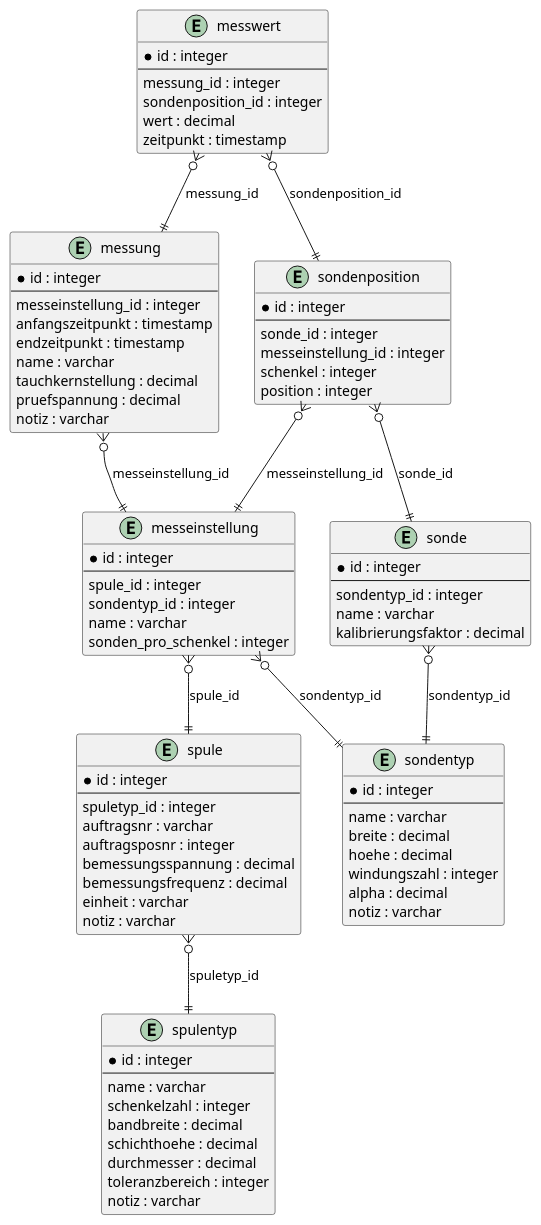
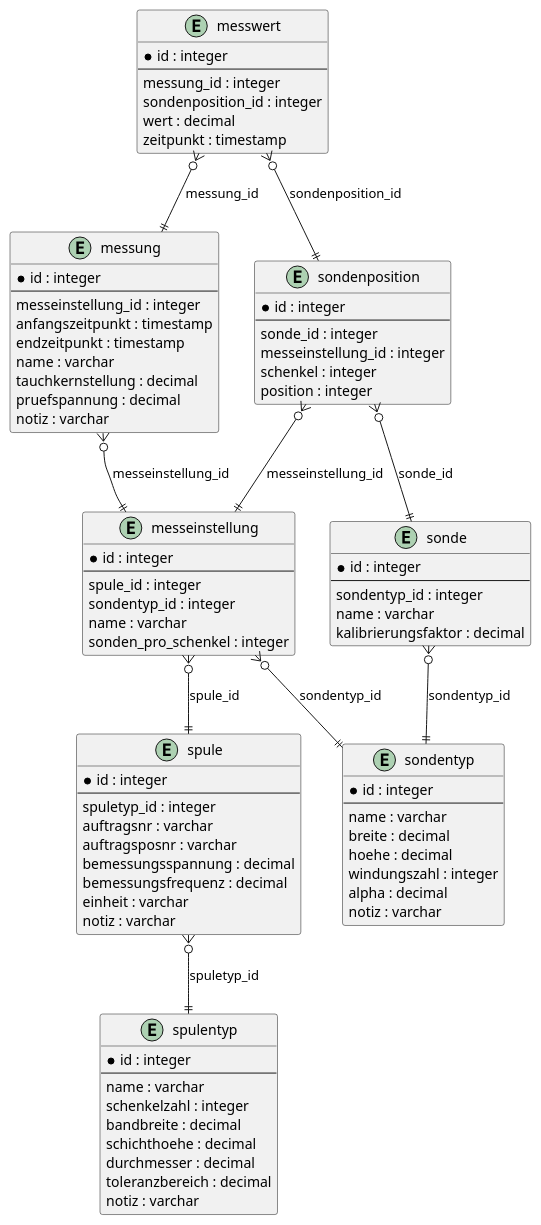
Before and after one commit to 2425-4chif-syp/01-projekte-2025-4chif-syp-trench: the diagram in project-description/diagrams/erd.puml, drawn with PlantUML. The commit also changed 43 other files, not shown here.

```diff
--- a/project-description/diagrams/erd.puml
+++ b/project-description/diagrams/erd.puml
@@ -3,95 +3,95 @@
 @startuml Trench ERD
 
 entity spulentyp {
   * id : integer
   --
   name : varchar
   schenkelzahl : integer
   bandbreite : decimal
   schichthoehe : decimal
   durchmesser : decimal
-  toleranzbereich : integer
+  toleranzbereich : decimal
   notiz : varchar
 }
 
 entity spule {
   * id : integer
   --
   spuletyp_id : integer
   auftragsnr : varchar
-  auftragsposnr : integer
+  auftragsposnr : varchar
   bemessungsspannung : decimal
   bemessungsfrequenz : decimal
   einheit : varchar
   notiz : varchar
 }
 
 entity sondentyp {
   * id : integer
   --
   name : varchar
   breite : decimal
   hoehe : decimal
   windungszahl : integer
   alpha : decimal
   notiz : varchar
 }
 
 entity messeinstellung {
   * id : integer
   --
   spule_id : integer
   sondentyp_id : integer
   name : varchar
   sonden_pro_schenkel : integer
 }
 
 entity messung {
   * id : integer
   --
   messeinstellung_id : integer
   anfangszeitpunkt : timestamp
   endzeitpunkt : timestamp
   name : varchar
   tauchkernstellung : decimal
   pruefspannung : decimal
   notiz : varchar
 }
 
 entity sondenposition {
   * id : integer
   --
   sonde_id : integer
   messeinstellung_id : integer
   schenkel : integer
   position : integer
 }
 
 entity messwert {
   * id : integer
   --
   messung_id : integer
   sondenposition_id : integer
   wert : decimal
   zeitpunkt : timestamp
 }
 
 entity sonde {
   * id : integer
   --
   sondentyp_id : integer
   name : varchar
   kalibrierungsfaktor : decimal
 }
 
 spule }o--|| spulentyp : "spuletyp_id"
 messeinstellung }o--|| spule : "spule_id"
 messeinstellung }o--|| sondentyp : "sondentyp_id"
 messung }o--|| messeinstellung : "messeinstellung_id"
 sondenposition }o--|| sonde : "sonde_id"
 sondenposition }o--|| messeinstellung : "messeinstellung_id"
 messwert }o--|| messung : "messung_id"
 messwert }o--|| sondenposition : "sondenposition_id"
 sonde }o--|| sondentyp : "sondentyp_id"
 
 @enduml
```
